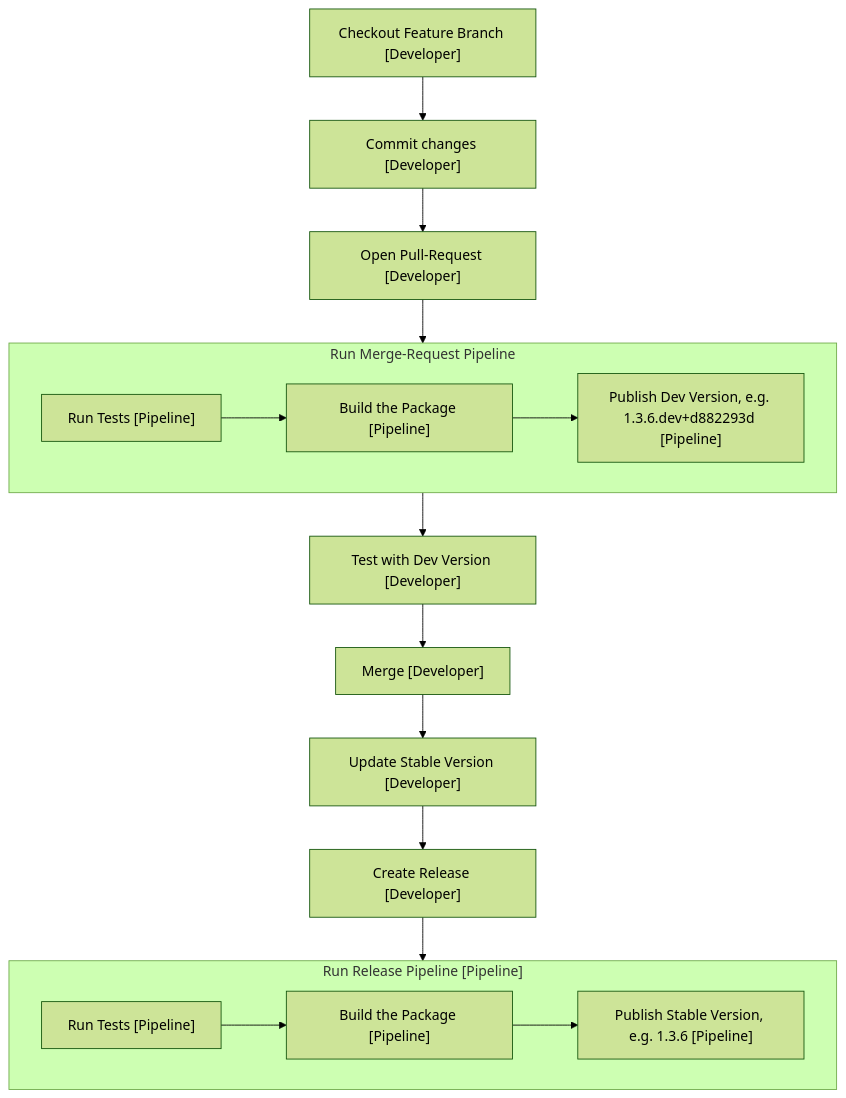
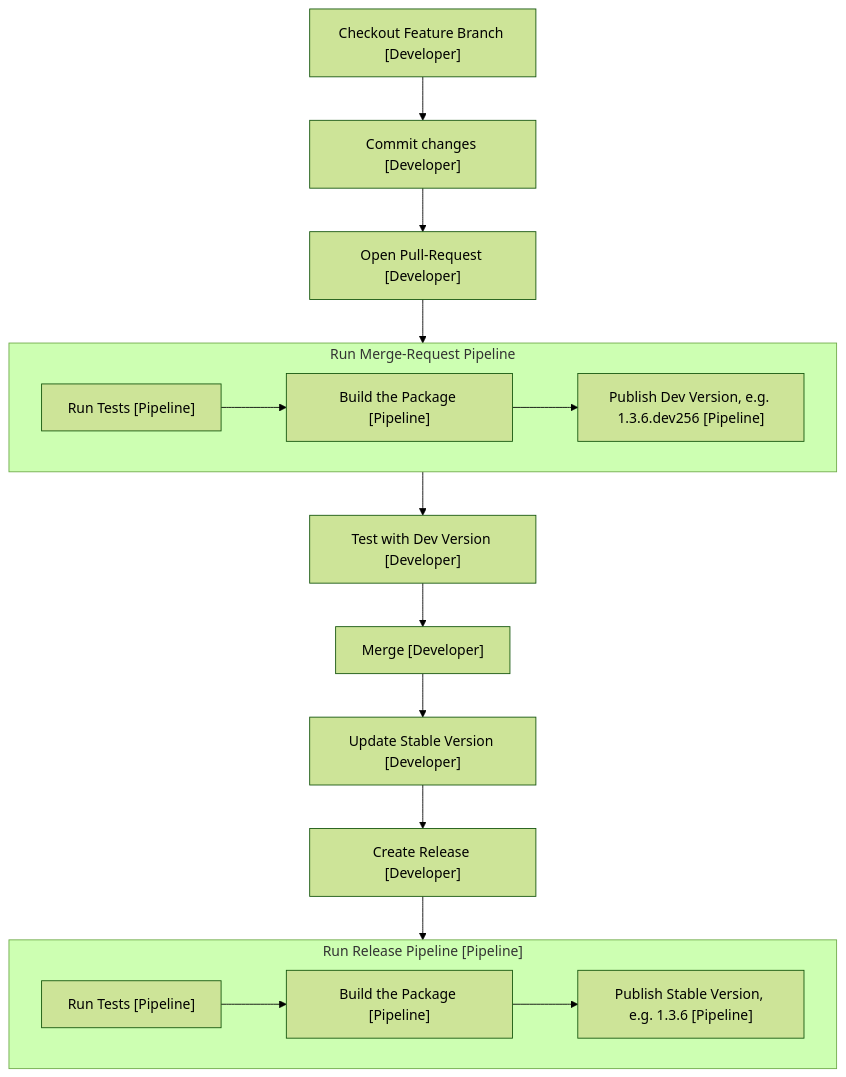
The second of 2 diagrams in docs/development-and-release.md (SWR-MoIP/VideoIPath-Automation-Tool), drawn with Mermaid (forest theme) before and after one commit. The commit also changed other lines of this file and 2 other files, not shown here.

Commit message:
Bump version to 0.2.0, clarify docs

````diff
--- a/docs/development-and-release.md
+++ b/docs/development-and-release.md
@@ -61,37 +61,37 @@
 ```mermaid
 flowchart TD
     checkout-feature-branch["Checkout Feature Branch [Developer]"]
     commit["Commit changes [Developer]"]
     open-mr["Open Pull-Request [Developer]"]
     use-test-build["Test with Dev Version [Developer]"]
     merge["Merge [Developer]"]
     update-stable-version["Update Stable Version [Developer]"]
     create-release["Create Release [Developer]"]
 
     subgraph run-mr-pipeline["Run Merge-Request Pipeline"]
         mr-tests["Run Tests [Pipeline]"]
         mr-build["Build the Package [Pipeline]"]
-        publish-dev-version["Publish Dev Version, e.g. 1.3.6.dev+d882293d [Pipeline]"]
+        publish-dev-version["Publish Dev Version, e.g. 1.3.6.dev256 [Pipeline]"]
 
         mr-tests --> mr-build
         mr-build --> publish-dev-version
     end
 
     subgraph run-main-pipeline["Run Release Pipeline [Pipeline]"]
         tests["Run Tests [Pipeline]"]
         build["Build the Package [Pipeline]"]
         publish-stable-version["Publish Stable Version, e.g. 1.3.6 [Pipeline]"]
 
         tests --> build
         build --> publish-stable-version
     end
 
     checkout-feature-branch --> commit
     commit --> open-mr
     open-mr --> run-mr-pipeline
     run-mr-pipeline --> use-test-build
     use-test-build --> merge
     merge --> update-stable-version
     update-stable-version --> create-release
     create-release --> run-main-pipeline
 ```
````
